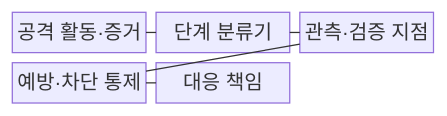
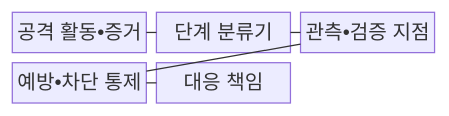
The first of 2 diagrams in src/content/docs/notes/05-security/028_cyber_kill_chain.md (agnusdei1207/knowledge-base), drawn with Mermaid before and after one commit. The commit also changed other lines of this file and 953 other files, not shown here.

````diff
--- a/src/content/docs/notes/05-security/028_cyber_kill_chain.md
+++ b/src/content/docs/notes/05-security/028_cyber_kill_chain.md
@@ -67,13 +67,13 @@
 ```mermaid
 block-beta
     columns 3
-    A["공격 활동·증거"]
+    A["공격 활동•증거"]
     B["단계 분류기"]
-    C["관측·검증 지점"]
-    D["예방·차단 통제"]
+    C["관측•검증 지점"]
+    D["예방•차단 통제"]
     E["대응 책임"]
     A --- B
     B --- C
     C --- D
     D --- E
 ```
````
